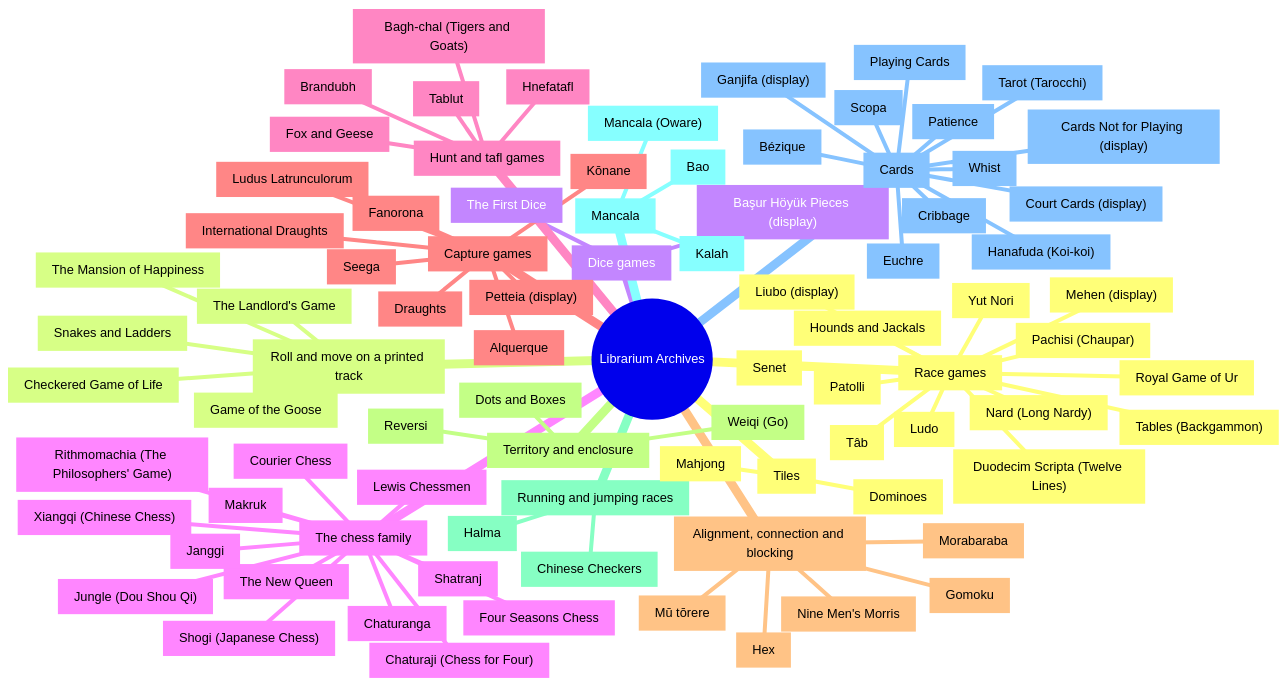
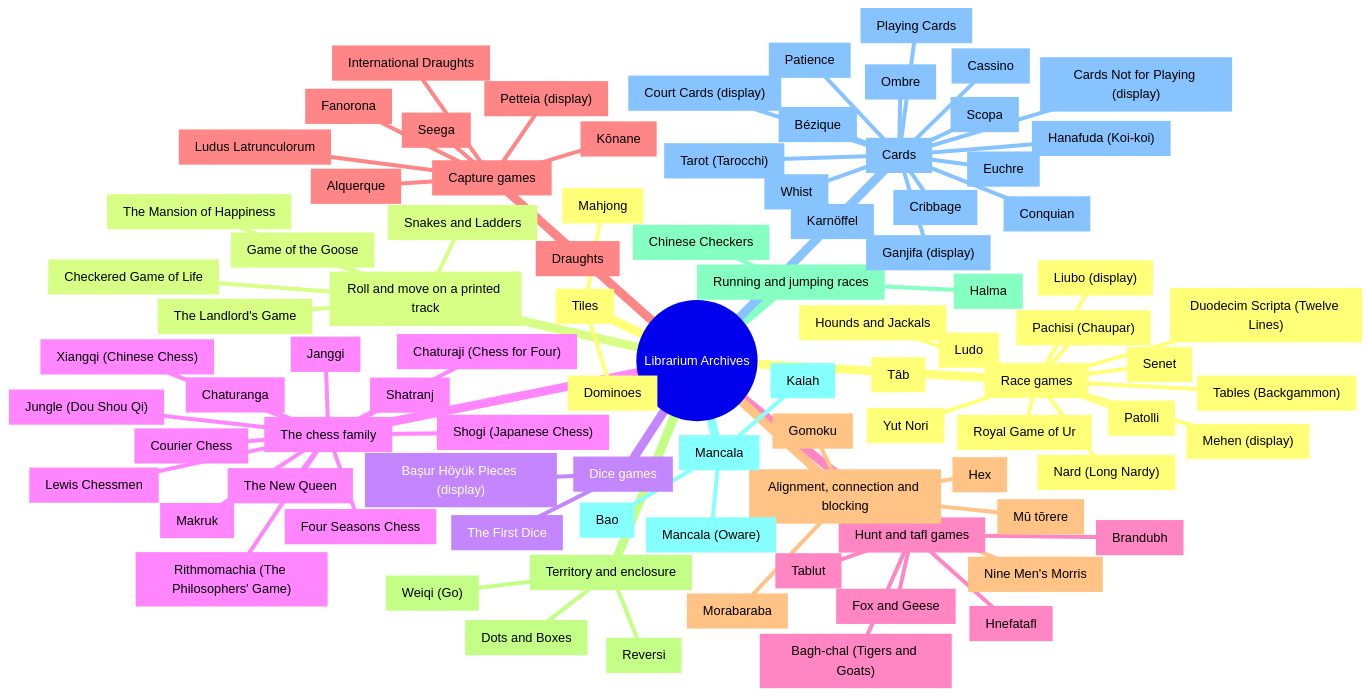
The first of 9 diagrams in docs/games/README.md (CptNope/Librarium-Archives), drawn with Mermaid before and after one commit. The commit also changed other lines of this file and 47 other files, not shown here.

```diff
--- a/docs/games/README.md
+++ b/docs/games/README.md
@@ -82,15 +82,19 @@
       bao["Bao"]
     f10["Cards"]
       cards["Playing Cards"]
+      karnoffel["Karnöffel"]
       tarot["Tarot (Tarocchi)"]
       courtcards["Court Cards (display)"]
+      ombre["Ombre"]
       cribbage["Cribbage"]
       notforplay["Cards Not for Playing (display)"]
       scopa["Scopa"]
       whist["Whist"]
       patience["Patience"]
+      cassino["Cassino"]
       bezique["Bézique"]
       euchre["Euchre"]
+      conquian["Conquian"]
       koikoi["Hanafuda (Koi-koi)"]
       ganjifa["Ganjifa (display)"]
     f11["Tiles"]
```
